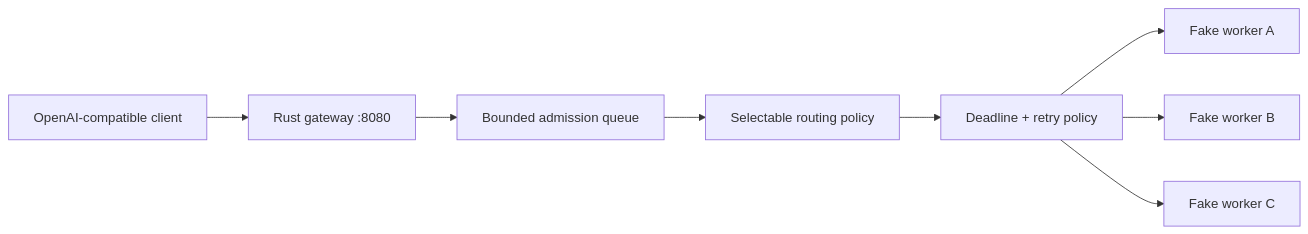
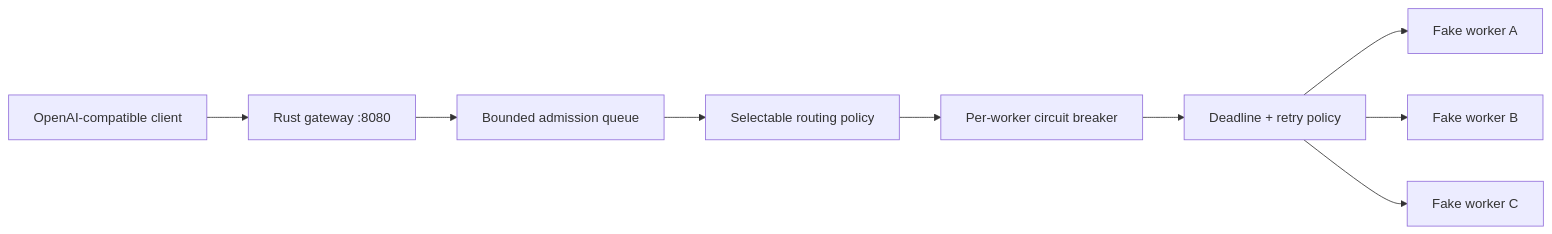
One commit to conan505/inferLab changed the diagram in README.md. Above: the diagram before and after it, drawn with Mermaid. The commit also changed other lines of this file and 25 other files, not shown here.

Commit message:
v0.0.8 per-worker circuit breakers

````diff
--- a/README.md
+++ b/README.md
@@ -14,10 +14,11 @@
 ```mermaid
 flowchart LR
     C["OpenAI-compatible client"] --> G["Rust gateway :8080"]
     G --> A0["Bounded admission queue"]
     A0 --> P["Selectable routing policy"]
-    P --> R["Deadline + retry policy"]
+    P --> CB["Per-worker circuit breaker"]
+    CB --> R["Deadline + retry policy"]
     R --> A["Fake worker A"]
     R --> B["Fake worker B"]
     R --> C2["Fake worker C"]
 ```
````
